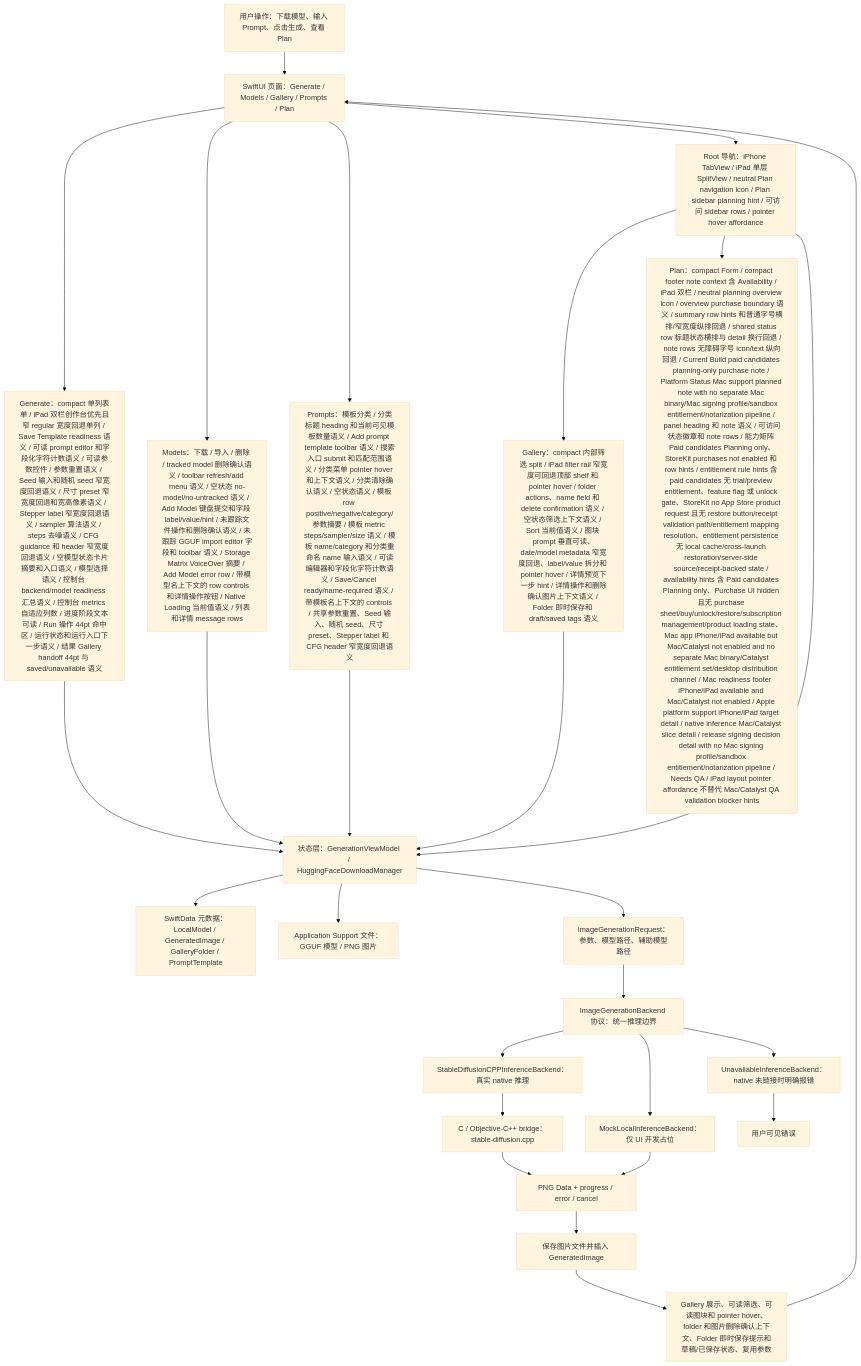
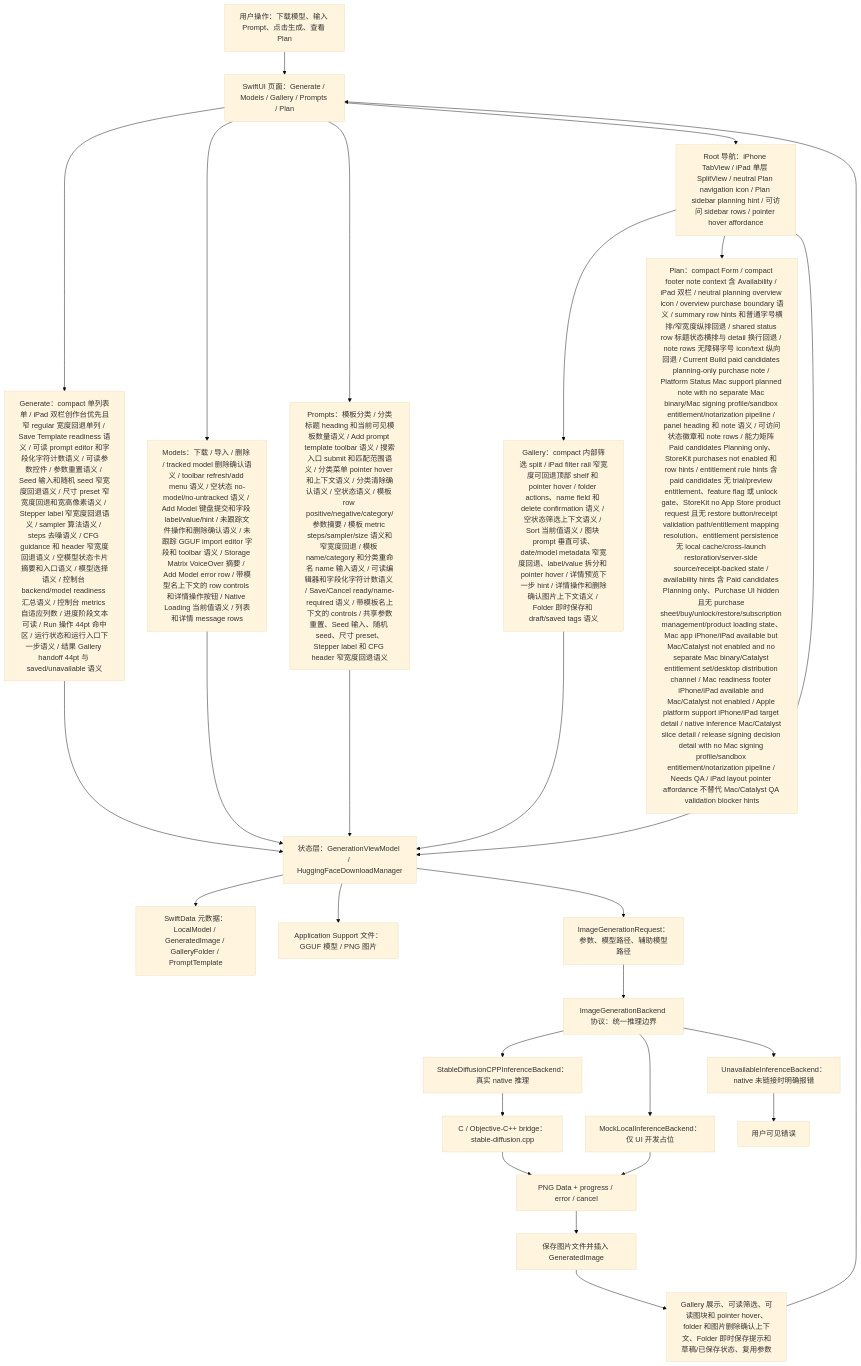
The first of 7 diagrams in md/flow/flowchart.md (Altman-sam114/118), drawn with Mermaid (base theme) before and after one commit. The commit also changed 5 other files, not shown here.

First line of the commit message:
v1.135: Prompt metric pill fallback

````diff
--- a/md/flow/flowchart.md
+++ b/md/flow/flowchart.md
@@ -9,29 +9,29 @@
 ```mermaid
 flowchart TD
   U["用户操作：下载模型、输入 Prompt、点击生成、查看 Plan"] --> UI["SwiftUI 页面：Generate / Models / Gallery / Prompts / Plan"]
   UI --> GENUI["Generate：compact 单列表单 / iPad 双栏创作台优先且窄 regular 宽度回退单列 / Save Template readiness 语义 / 可读 prompt editor 和字段化字符计数语义 / 可读参数控件 / 参数重置语义 / Seed 输入和随机 seed 窄宽度回退语义 / 尺寸 preset 窄宽度回退和宽高像素语义 / Stepper label 窄宽度回退语义 / sampler 算法语义 / steps 去噪语义 / CFG guidance 和 header 窄宽度回退语义 / 空模型状态卡片摘要和入口语义 / 模型选择语义 / 控制台 backend/model readiness 汇总语义 / 控制台 metrics 自适应列数 / 进度阶段文本可读 / Run 操作 44pt 命中区 / 运行状态和运行入口下一步语义 / 结果 Gallery handoff 44pt 与 saved/unavailable 语义"]
   UI --> MODELUI["Models：下载 / 导入 / 删除 / tracked model 删除确认语义 / toolbar refresh/add menu 语义 / 空状态 no-model/no-untracked 语义 / Add Model 键盘提交和字段 label/value/hint / 未跟踪文件操作和删除确认语义 / 未跟踪 GGUF import editor 字段和 toolbar 语义 / Storage Matrix VoiceOver 摘要 / Add Model error row / 带模型名上下文的 row controls 和详情操作按钮 / Native Loading 当前值语义 / 列表和详情 message rows"]
-  UI --> PROMPTUI["Prompts：模板分类 / 分类标题 heading 和当前可见模板数量语义 / Add prompt template toolbar 语义 / 搜索入口 submit 和匹配范围语义 / 分类菜单 pointer hover 和上下文语义 / 分类清除确认语义 / 空状态语义 / 模板 row positive/negative/category/参数摘要 / 模板 metric steps/sampler/size 语义 / 模板 name/category 和分类重命名 name 输入语义 / 可读编辑器和字段化字符计数语义 / Save/Cancel ready/name-required 语义 / 带模板名上下文的 controls / 共享参数重置、Seed 输入、随机 seed、尺寸 preset、Stepper label 和 CFG header 窄宽度回退语义"]
+  UI --> PROMPTUI["Prompts：模板分类 / 分类标题 heading 和当前可见模板数量语义 / Add prompt template toolbar 语义 / 搜索入口 submit 和匹配范围语义 / 分类菜单 pointer hover 和上下文语义 / 分类清除确认语义 / 空状态语义 / 模板 row positive/negative/category/参数摘要 / 模板 metric steps/sampler/size 语义和窄宽度回退 / 模板 name/category 和分类重命名 name 输入语义 / 可读编辑器和字段化字符计数语义 / Save/Cancel ready/name-required 语义 / 带模板名上下文的 controls / 共享参数重置、Seed 输入、随机 seed、尺寸 preset、Stepper label 和 CFG header 窄宽度回退语义"]
   UI --> NAV["Root 导航：iPhone TabView / iPad 单层 SplitView / neutral Plan navigation icon / Plan sidebar planning hint / 可访问 sidebar rows / pointer hover affordance"]
   NAV --> GALUI["Gallery：compact 内部筛选 split / iPad filter rail 窄宽度可回退顶部 shelf 和 pointer hover / folder actions、name field 和 delete confirmation 语义 / 空状态筛选上下文语义 / Sort 当前值语义 / 图块 prompt 垂直可读、date/model metadata 窄宽度回退、label/value 拆分和 pointer hover / 详情预览下一步 hint / 详情操作和删除确认图片上下文语义 / Folder 即时保存和 draft/saved tags 语义"]
   NAV --> PLANUI["Plan：compact Form / compact footer note context 含 Availability / iPad 双栏 / neutral planning overview icon / overview purchase boundary 语义 / summary row hints 和普通字号横排/窄宽度纵排回退 / shared status row 标题状态横排与 detail 换行回退 / note rows 无障碍字号 icon/text 纵向回退 / Current Build paid candidates planning-only purchase note / Platform Status Mac support planned note with no separate Mac binary/Mac signing profile/sandbox entitlement/notarization pipeline / panel heading 和 note 语义 / 可访问状态徽章和 note rows / 能力矩阵 Paid candidates Planning only、StoreKit purchases not enabled 和 row hints / entitlement rule hints 含 paid candidates 无 trial/preview entitlement、feature flag 或 unlock gate、StoreKit no App Store product request 且无 restore button/receipt validation path/entitlement mapping resolution、entitlement persistence 无 local cache/cross-launch restoration/server-side source/receipt-backed state / availability hints 含 Paid candidates Planning only、Purchase UI hidden 且无 purchase sheet/buy/unlock/restore/subscription management/product loading state、Mac app iPhone/iPad available but Mac/Catalyst not enabled and no separate Mac binary/Catalyst entitlement set/desktop distribution channel / Mac readiness footer iPhone/iPad available and Mac/Catalyst not enabled / Apple platform support iPhone/iPad target detail / native inference Mac/Catalyst slice detail / release signing decision detail with no Mac signing profile/sandbox entitlement/notarization pipeline / Needs QA / iPad layout pointer affordance 不替代 Mac/Catalyst QA validation blocker hints"]
   NAV --> VM["状态层：GenerationViewModel / HuggingFaceDownloadManager"]
   GENUI --> VM
   MODELUI --> VM
   PROMPTUI --> VM
   GALUI --> VM
   VM --> SD["SwiftData 元数据：LocalModel / GeneratedImage / GalleryFolder / PromptTemplate"]
   VM --> FS["Application Support 文件：GGUF 模型 / PNG 图片"]
   VM --> REQ["ImageGenerationRequest：参数、模型路径、辅助模型路径"]
   REQ --> IFACE["ImageGenerationBackend 协议：统一推理边界"]
   IFACE --> NATIVE["StableDiffusionCPPInferenceBackend：真实 native 推理"]
   IFACE --> MOCK["MockLocalInferenceBackend：仅 UI 开发占位"]
   IFACE --> OFF["UnavailableInferenceBackend：native 未链接时明确报错"]
   NATIVE --> BRIDGE["C / Objective-C++ bridge：stable-diffusion.cpp"]
   BRIDGE --> PNG["PNG Data + progress / error / cancel"]
   MOCK --> PNG
   OFF --> ERR["用户可见错误"]
   PNG --> SAVE["保存图片文件并插入 GeneratedImage"]
   SAVE --> GALLERY["Gallery 展示、可读筛选、可读图块和 pointer hover、folder 和图片删除确认上下文、Folder 即时保存提示和草稿/已保存状态、复用参数"]
   GALLERY --> UI
 ```
````
